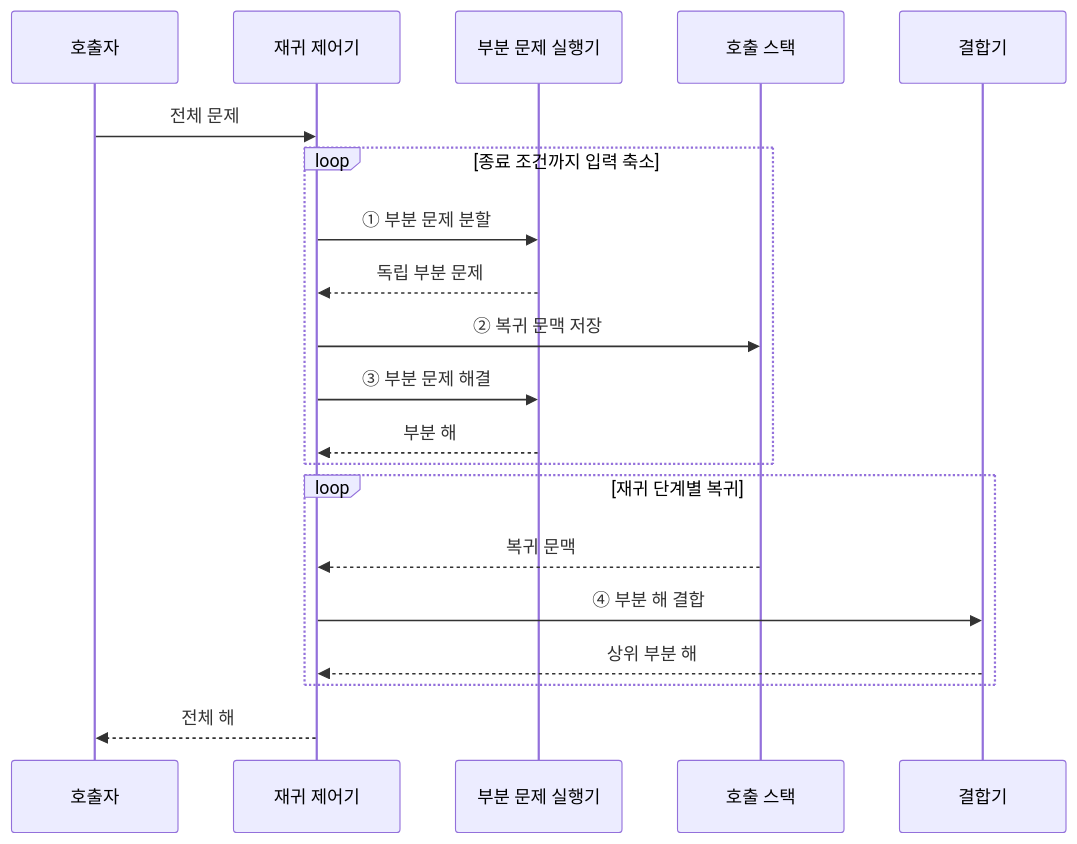
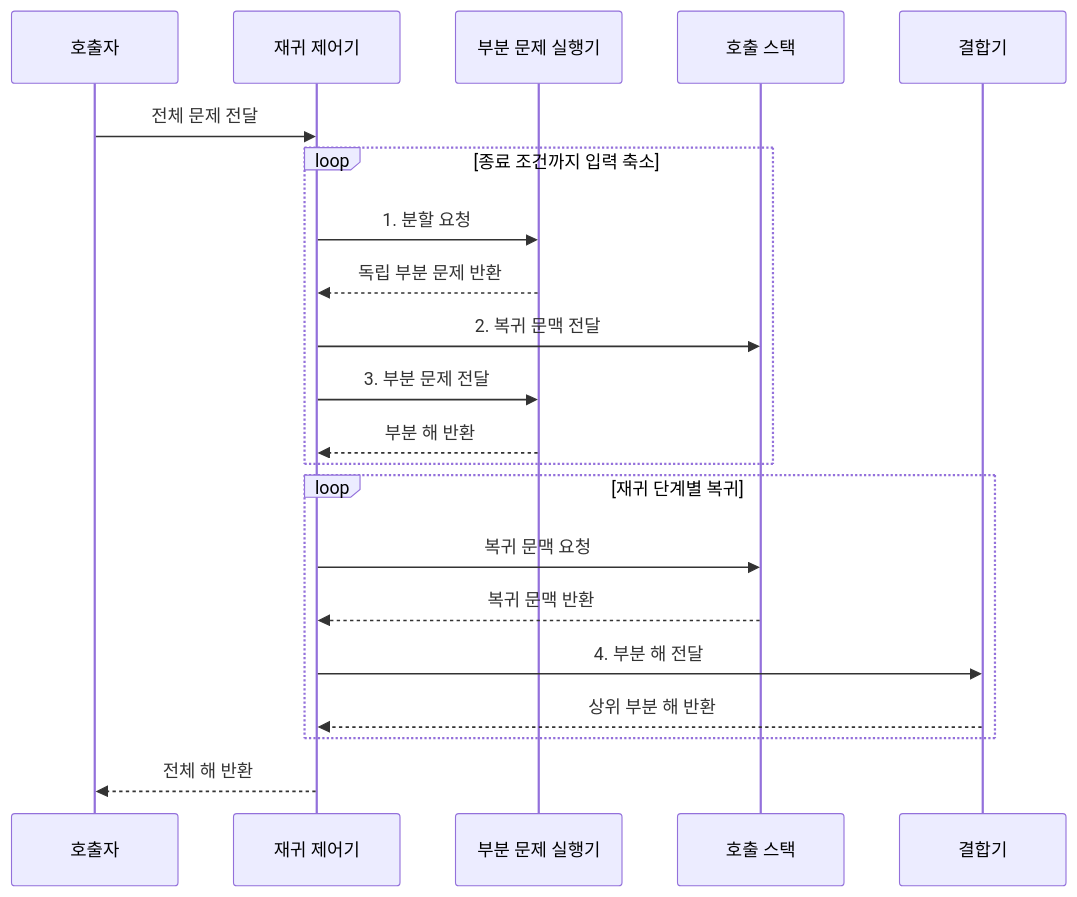
One commit to agnusdei1207/knowledge-base changed the third of 4 diagrams in src/content/docs/notes/01-basic-theory/014_divide_and_conquer.md. Above: the diagram before and after it, drawn with Mermaid. The commit also changed other lines of this file and 20 other files, not shown here.

````diff
--- a/src/content/docs/notes/01-basic-theory/014_divide_and_conquer.md
+++ b/src/content/docs/notes/01-basic-theory/014_divide_and_conquer.md
@@ -95,22 +100,23 @@
 ```mermaid
 sequenceDiagram
     participant Q as 호출자
     participant R as 재귀 제어기
     participant P as 부분 문제 실행기
     participant S as 호출 스택
     participant C as 결합기
-    Q->>R: 전체 문제
+    Q->>R: 전체 문제 전달
     loop 종료 조건까지 입력 축소
-        R->>P: ① 부분 문제 분할
-        P-->>R: 독립 부분 문제
-        R->>S: ② 복귀 문맥 저장
-        R->>P: ③ 부분 문제 해결
-        P-->>R: 부분 해
+        R->>P: 1. 분할 요청
+        P-->>R: 독립 부분 문제 반환
+        R->>S: 2. 복귀 문맥 전달
+        R->>P: 3. 부분 문제 전달
+        P-->>R: 부분 해 반환
     end
     loop 재귀 단계별 복귀
-        S-->>R: 복귀 문맥
-        R->>C: ④ 부분 해 결합
-        C-->>R: 상위 부분 해
+        R->>S: 복귀 문맥 요청
+        S-->>R: 복귀 문맥 반환
+        R->>C: 4. 부분 해 전달
+        C-->>R: 상위 부분 해 반환
     end
-    R-->>Q: 전체 해
+    R-->>Q: 전체 해 반환
 ```
````
